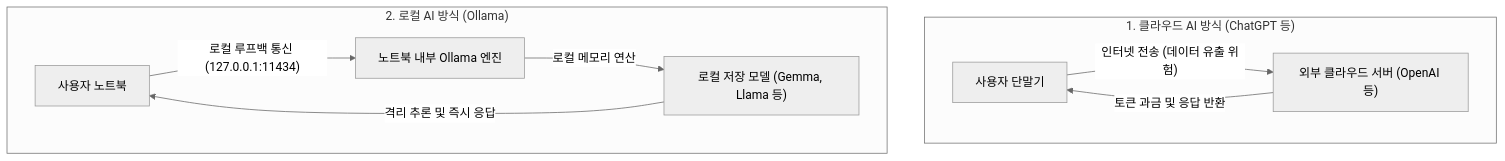
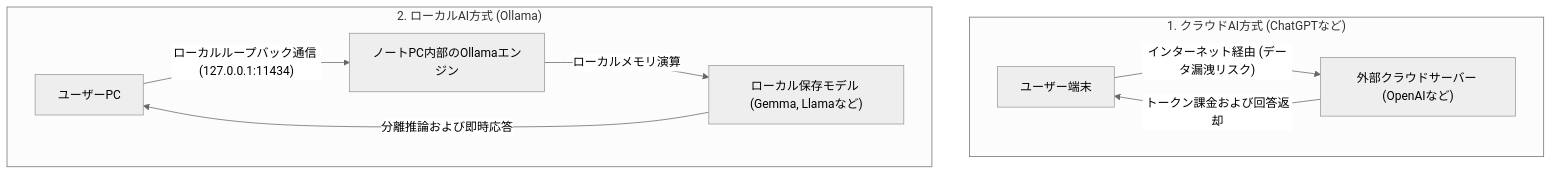
The first of 2 diagrams in content/posts/ollama-01-local-llm-intro/index.jp.md (CheolKyunYU/cknotes), drawn with Mermaid (neutral theme) before and after one commit. The commit also changed other lines of this file and 40 other files, not shown here.

````diff
--- a/content/posts/ollama-01-local-llm-intro/index.jp.md
+++ b/content/posts/ollama-01-local-llm-intro/index.jp.md
@@ -58,13 +56,13 @@
 ```mermaid
 flowchart TD
-    subgraph CloudAI["1. 클라우드 AI 방식 (ChatGPT 등)"]
-        User1["사용자 단말기"] -->|"인터넷 전송 (데이터 유출 위험)"| CloudServer["외부 클라우드 서버 (OpenAI 등)"]
-        CloudServer -->|"토큰 과금 및 응답 반환"| User1
+    subgraph CloudAI["1. クラウドAI方式 (ChatGPTなど)"]
+        User1["ユーザー端末"] -->|"インターネット経由 (データ漏洩リスク)"| CloudServer["外部クラウドサーバー (OpenAIなど)"]
+        CloudServer -->|"トークン課金および回答返却"| User1
     end
 
-    subgraph LocalAI["2. 로컬 AI 방식 (Ollama)"]
-        User2["사용자 노트북"] -->|"로컬 루프백 통신 (127.0.0.1:11434)"| OllamaEngine["노트북 내부 Ollama 엔진"]
-        OllamaEngine -->|"로컬 메모리 연산"| LocalModels["로컬 저장 모델 (Gemma, Llama 등)"]
-        LocalModels -->|"격리 추론 및 즉시 응답"| User2
+    subgraph LocalAI["2. ローカルAI方式 (Ollama)"]
+        User2["ユーザーPC"] -->|"ローカルループバック通信 (127.0.0.1:11434)"| OllamaEngine["ノートPC内部のOllamaエンジン"]
+        OllamaEngine -->|"ローカルメモリ演算"| LocalModels["ローカル保存モデル (Gemma, Llamaなど)"]
+        LocalModels -->|"分離推論および即時応答"| User2
     end
 ```
````
